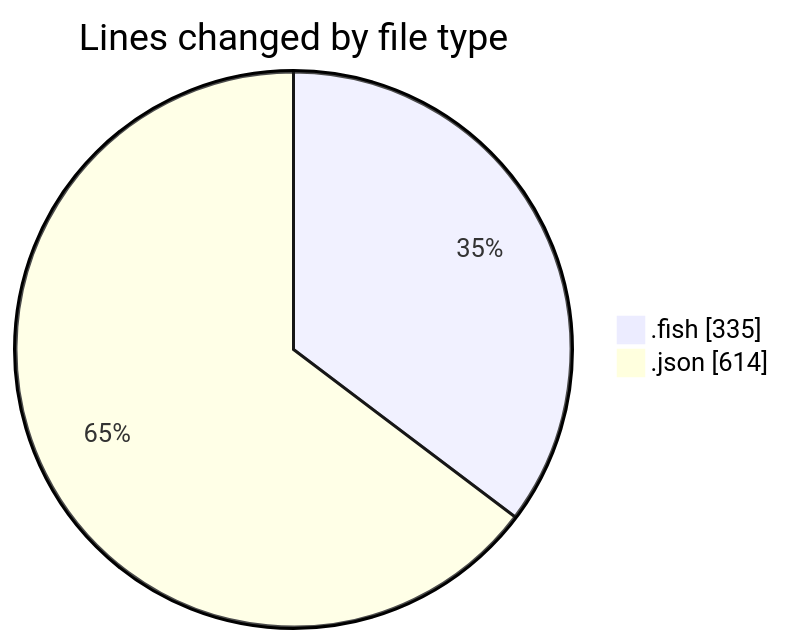
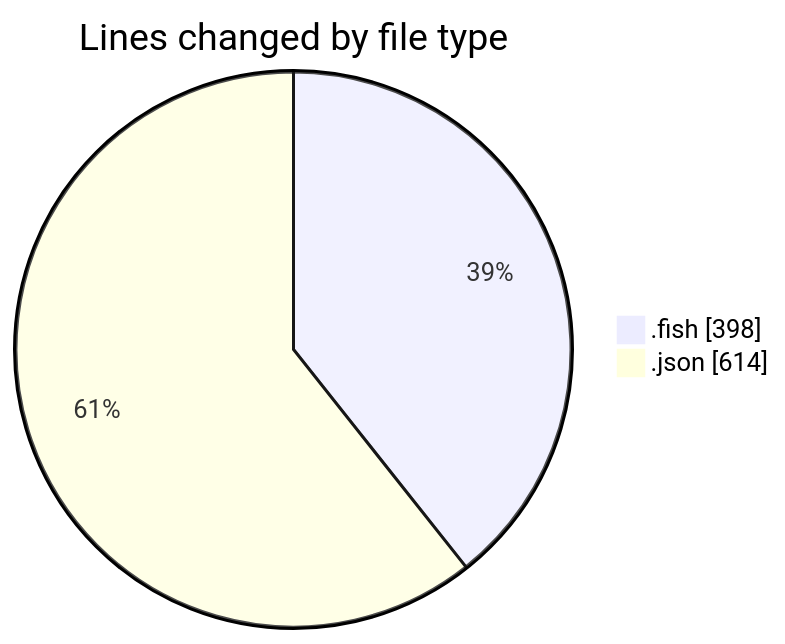
One commit to EIIisD/code-tracking changed the first of 2 diagrams in 2025-07-24/fish/README.md. Above: the diagram before and after it, drawn with Mermaid. The commit also changed other lines of this file and 1 other file, not shown here.

````diff
--- a/2025-07-24/fish/README.md
+++ b/2025-07-24/fish/README.md
@@ -26,6 +26,6 @@
 ```mermaid
 pie showData
 title Lines changed by file type
-".fish" : 335
+".fish" : 398
 ".json" : 614
 ```
````
